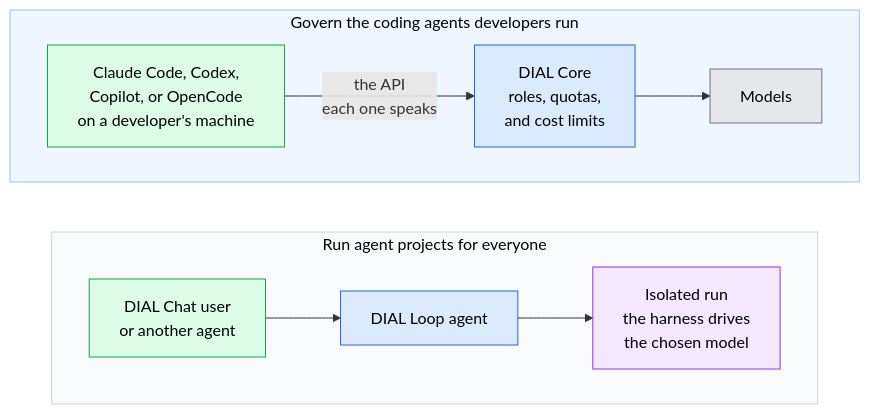
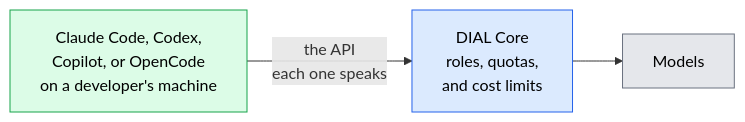
One commit to epam/ai-dial changed the diagram in docs_v2/2.understand-dial/3.capabilities/8.coding-agents-and-harnesses.md. Above: the diagram before and after it, drawn with Mermaid. The commit also changed other lines of this file and 35 other files, not shown here.

````diff
--- a/docs_v2/2.understand-dial/3.capabilities/8.coding-agents-and-harnesses.md
+++ b/docs_v2/2.understand-dial/3.capabilities/8.coding-agents-and-harnesses.md
@@ -14,24 +14,12 @@
 ```mermaid
 flowchart LR
-  subgraph Loop["Run agent projects for everyone"]
-    direction LR
-    User["DIAL Chat user<br/>or another agent"] --> LoopAgent["DIAL Loop agent"]
-    LoopAgent --> Run["Isolated run<br/>the harness drives<br/>the chosen model"]
-  end
-  subgraph Gateway["Govern the coding agents developers run"]
-    direction LR
-    Dev["Claude Code, Codex,<br/>Copilot, or OpenCode<br/>on a developer's machine"] -->|"the API<br/>each one speaks"| Core["DIAL Core<br/>roles, quotas,<br/>and cost limits"]
-    Core --> Models["Models"]
-  end
+  Dev["Claude Code, Codex,<br/>Copilot, or OpenCode<br/>on a developer's machine"] -->|"the API<br/>each one speaks"| Core["DIAL Core<br/>roles, quotas,<br/>and cost limits"]
+  Core --> Models["Models"]
 
   classDef uiStyle fill:#dcfce7,stroke:#16a34a,color:#000000;
-  class Dev,User uiStyle;
+  class Dev uiStyle;
   classDef coreStyle fill:#dbeafe,stroke:#2563eb,color:#000000;
-  class Core,LoopAgent coreStyle;
-  classDef processingStyle fill:#f3e8ff,stroke:#9333ea,color:#000000;
-  class Run processingStyle;
+  class Core coreStyle;
   classDef extStyle fill:#e5e7eb,stroke:#6b7280,color:#000000;
   class Models extStyle;
-  style Gateway fill:#eff6ff,stroke:#93c5fd,color:#000000;
-  style Loop fill:#f9fafb,stroke:#d1d5db,color:#000000;
 ```
````
